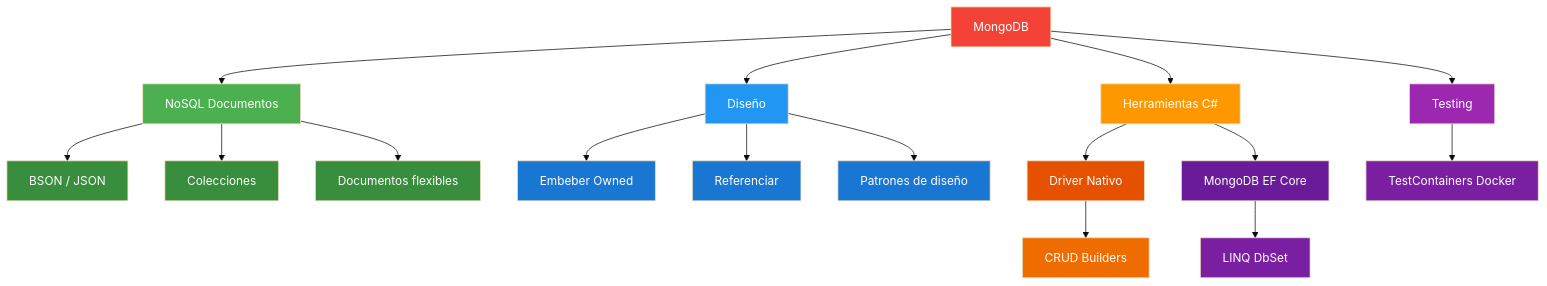
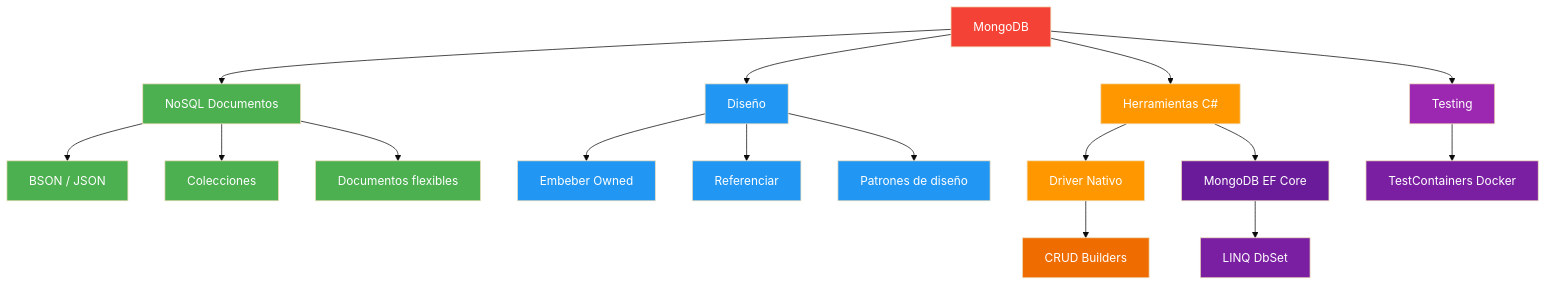
The seventh of 7 diagrams in 13-mongodb.md (joseluisgs/DesarrolloWebEntornosServidor-02-2026-2027), drawn with Mermaid (base theme) before and after one commit. The commit also changed other lines of this file and 15 other files, not shown here.

````diff
--- a/13-mongodb.md
+++ b/13-mongodb.md
@@ -1454,40 +1454,40 @@
 ```mermaid
 graph TD
     MONGO[MongoDB] --> NOSQL[NoSQL Documentos]
     MONGO --> DESIGN[Diseño]
     MONGO --> TOOLS[Herramientas C#]
     MONGO --> TEST[Testing]
 
     NOSQL --> BSON[BSON / JSON]
     NOSQL --> COL[Colecciones]
     NOSQL --> DOC[Documentos flexibles]
 
     DESIGN --> EMB[Embeber Owned]
     DESIGN --> REF[Referenciar]
     DESIGN --> PAT[Patrones de diseño]
 
     TOOLS --> DRIVER[Driver Nativo]
     TOOLS --> EF[MongoDB EF Core]
 
     DRIVER --> CRUD1[CRUD Builders]
     EF --> CRUD2[LINQ DbSet]
 
     TEST --> TC[TestContainers Docker]
 
     style MONGO fill:#f44336,color:#fff
     style NOSQL fill:#4CAF50,color:#fff
     style DESIGN fill:#2196F3,color:#fff
     style TOOLS fill:#FF9800,color:#fff
     style TEST fill:#9C27B0,color:#fff
-    style BSON fill:#388E3C,color:#fff
-    style COL fill:#388E3C,color:#fff
-    style DOC fill:#388E3C,color:#fff
-    style EMB fill:#1976D2,color:#fff
-    style REF fill:#1976D2,color:#fff
-    style PAT fill:#1976D2,color:#fff
-    style DRIVER fill:#E65100,color:#fff
+    style BSON fill:#4CAF50,color:#fff
+    style COL fill:#4CAF50,color:#fff
+    style DOC fill:#4CAF50,color:#fff
+    style EMB fill:#2196F3,color:#fff
+    style REF fill:#2196F3,color:#fff
+    style PAT fill:#2196F3,color:#fff
+    style DRIVER fill:#FF9800,color:#fff
     style EF fill:#6A1B9A,color:#fff
     style CRUD1 fill:#EF6C00,color:#fff
     style CRUD2 fill:#7B1FA2,color:#fff
     style TC fill:#7B1FA2,color:#fff
 ```
````
